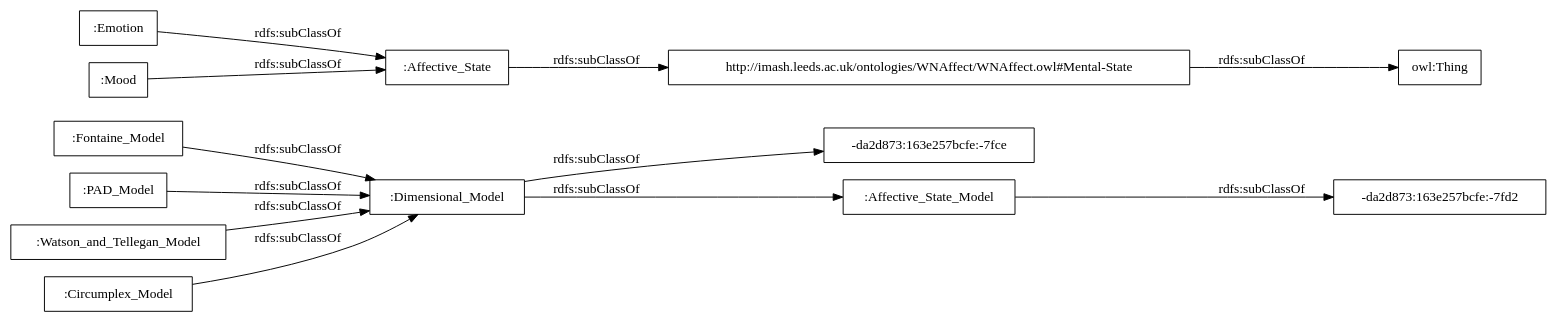
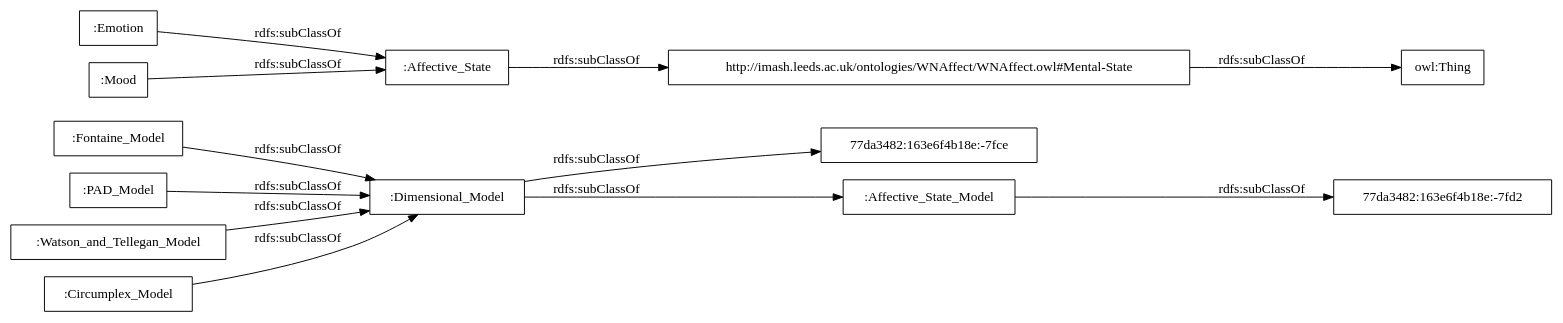
Before and after one commit to rana-othman/HASIO-Modularization: the diagram in OnToology/Affective_States_Dimensional_Model_Module.owl/diagrams/ar2dtool-taxonomy/Affective_States_Dimensional_Model_Module.owl.png.dot, drawn with Graphviz. The commit also changed 97 other files, not shown here.

```diff
--- a/OnToology/Affective_States_Dimensional_Model_Module.owl/diagrams/ar2dtool-taxonomy/Affective_States_Dimensional_Model_Module.owl.png.dot
+++ b/OnToology/Affective_States_Dimensional_Model_Module.owl/diagrams/ar2dtool-taxonomy/Affective_States_Dimensional_Model_Module.owl.png.dot
@@ -1,17 +1,17 @@
 digraph ar2dtool_diagram { 
 rankdir=LR;
 size="1000"
-node [shape = rectangle, color="black"]; ":Dimensional_Model" ":Fontaine_Model" "-da2d873:163e257bcfe:-7fce" ":PAD_Model" ":Emotion" "-da2d873:163e257bcfe:-7fd2" ":Mood" ":Affective_State" ":Watson_and_Tellegan_Model" "http://imash.leeds.ac.uk/ontologies/WNAffect/WNAffect.owl#Mental-State" ":Affective_State_Model" ":Circumplex_Model" ; /*classes style*/
-	":Dimensional_Model" -> "-da2d873:163e257bcfe:-7fce" [ label = "rdfs:subClassOf" ];
+node [shape = rectangle, color="black"]; ":Dimensional_Model" ":Fontaine_Model" ":PAD_Model" ":Emotion" ":Mood" ":Affective_State" "77da3482:163e6f4b18e:-7fce" "77da3482:163e6f4b18e:-7fd2" ":Watson_and_Tellegan_Model" "http://imash.leeds.ac.uk/ontologies/WNAffect/WNAffect.owl#Mental-State" ":Affective_State_Model" ":Circumplex_Model" ; /*classes style*/
+	":Dimensional_Model" -> "77da3482:163e6f4b18e:-7fce" [ label = "rdfs:subClassOf" ];
 	":Dimensional_Model" -> ":Affective_State_Model" [ label = "rdfs:subClassOf" ];
 	":Affective_State" -> "http://imash.leeds.ac.uk/ontologies/WNAffect/WNAffect.owl#Mental-State" [ label = "rdfs:subClassOf" ];
 	":Circumplex_Model" -> ":Dimensional_Model" [ label = "rdfs:subClassOf" ];
-	":Affective_State_Model" -> "-da2d873:163e257bcfe:-7fd2" [ label = "rdfs:subClassOf" ];
+	":Affective_State_Model" -> "77da3482:163e6f4b18e:-7fd2" [ label = "rdfs:subClassOf" ];
 	"http://imash.leeds.ac.uk/ontologies/WNAffect/WNAffect.owl#Mental-State" -> "owl:Thing" [ label = "rdfs:subClassOf" ];
 	":Fontaine_Model" -> ":Dimensional_Model" [ label = "rdfs:subClassOf" ];
 	":PAD_Model" -> ":Dimensional_Model" [ label = "rdfs:subClassOf" ];
 	":Mood" -> ":Affective_State" [ label = "rdfs:subClassOf" ];
 	":Emotion" -> ":Affective_State" [ label = "rdfs:subClassOf" ];
 	":Watson_and_Tellegan_Model" -> ":Dimensional_Model" [ label = "rdfs:subClassOf" ];
 
 }
```
